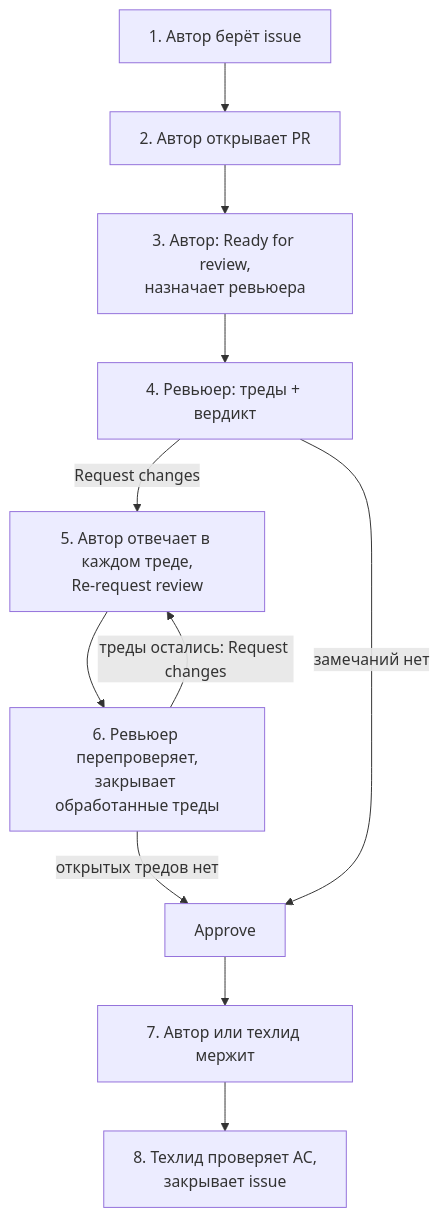
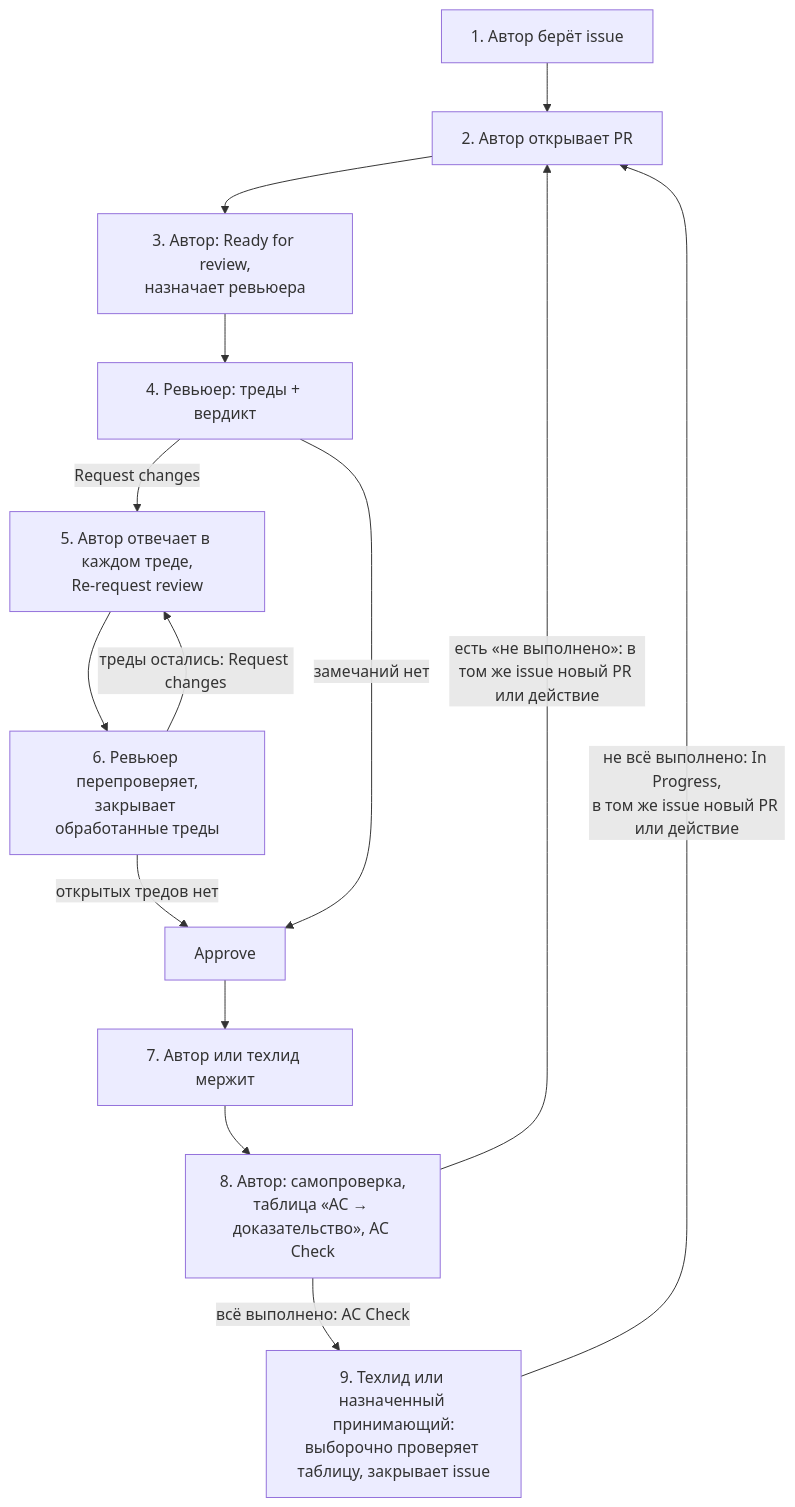
The diagram in docs/CONTRIBUTING.md (larchanka-training/dmc-268-api-t6), drawn with Mermaid before and after one commit. The commit also changed other lines of this file, not shown here.

First line of the commit message:
docs(contributing): start acceptance with an author self-check (#272)

````diff
--- a/docs/CONTRIBUTING.md
+++ b/docs/CONTRIBUTING.md
@@ -26,13 +26,16 @@
 ```mermaid
 flowchart TD
   take["1. Автор берёт issue"] --> pr["2. Автор открывает PR"]
   pr --> ready["3. Автор: Ready for review,<br/>назначает ревьюера"]
   ready --> review["4. Ревьюер: треды + вердикт"]
   review -->|Request changes| answer["5. Автор отвечает в каждом треде,<br/>Re-request review"]
   answer --> recheck["6. Ревьюер перепроверяет,<br/>закрывает обработанные треды"]
   recheck -->|треды остались: Request changes| answer
   recheck -->|открытых тредов нет| approve["Approve"]
   review -->|замечаний нет| approve
   approve --> merge["7. Автор или техлид мержит"]
-  merge --> accept["8. Техлид проверяет AC,<br/>закрывает issue"]
+  merge --> selfcheck["8. Автор: самопроверка,<br/>таблица «AC → доказательство», AC Check"]
+  selfcheck -->|есть «не выполнено»: в том же issue новый PR или действие| pr
+  selfcheck -->|всё выполнено: AC Check| accept["9. Техлид или назначенный принимающий:<br/>выборочно проверяет таблицу, закрывает issue"]
+  accept -->|не всё выполнено: In Progress,<br/>в том же issue новый PR или действие| pr
 ```
````
